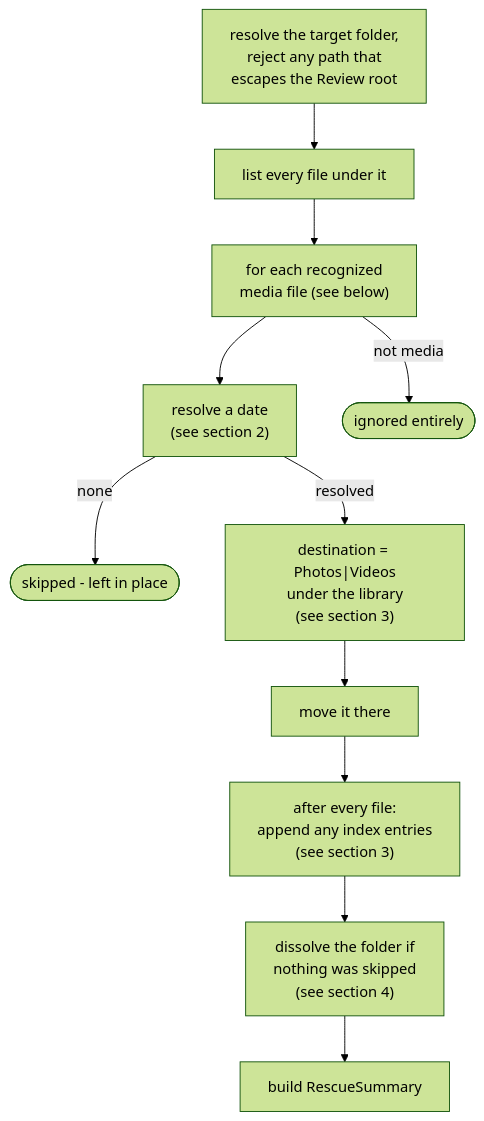
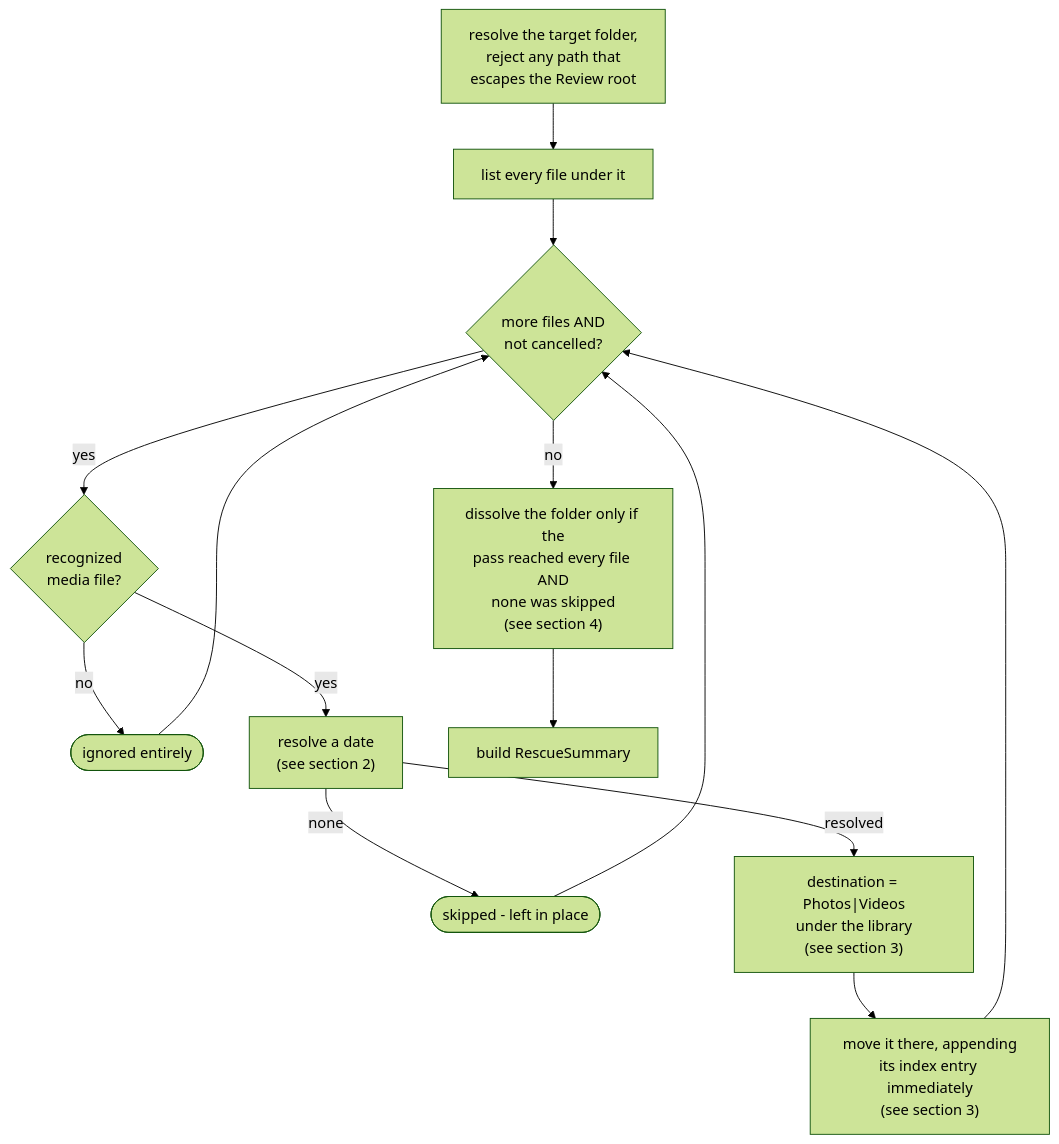
One commit to AdrianNachev91/sluice changed the first of 4 diagrams in app/docs/design/application/service/rescue-engine.md. Above: the diagram before and after it, drawn with Mermaid (forest theme). The commit also changed other lines of this file and 17 other files, not shown here.

````diff
--- a/app/docs/design/application/service/rescue-engine.md
+++ b/app/docs/design/application/service/rescue-engine.md
@@ -11,13 +11,13 @@
 ```mermaid
 flowchart TD
     A["resolve the target folder,<br/>reject any path that<br/>escapes the Review root"] --> B["list every file under it"]
-    B --> C["for each recognized<br/>media file (see below)"]
-    C --> D["resolve a date<br/>(see section 2)"]
-    D -- none --> E(["skipped - left in place"])
+    B --> L{"more files AND<br/>not cancelled?"}
+    L -- no --> J["dissolve the folder only if the<br/>pass reached every file AND<br/>none was skipped<br/>(see section 4)"]
+    L -- yes --> C{"recognized<br/>media file?"}
+    C -- no --> H(["ignored entirely"]) --> L
+    C -- yes --> D["resolve a date<br/>(see section 2)"]
+    D -- none --> E(["skipped - left in place"]) --> L
     D -- resolved --> F["destination = Photos|Videos<br/>under the library<br/>(see section 3)"]
-    F --> G["move it there"]
-    C -- not media --> H(["ignored entirely"])
-    G --> I["after every file:<br/>append any index entries<br/>(see section 3)"]
-    I --> J["dissolve the folder if<br/>nothing was skipped<br/>(see section 4)"]
+    F --> G["move it there, appending<br/>its index entry immediately<br/>(see section 3)"] --> L
     J --> K["build RescueSummary"]
 ```
````
